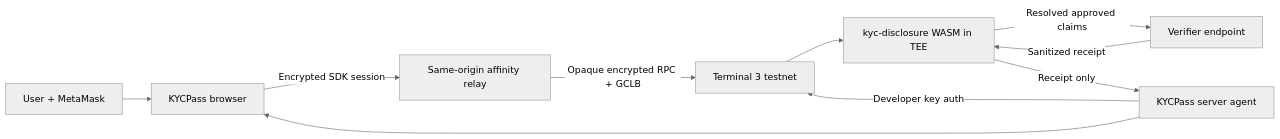
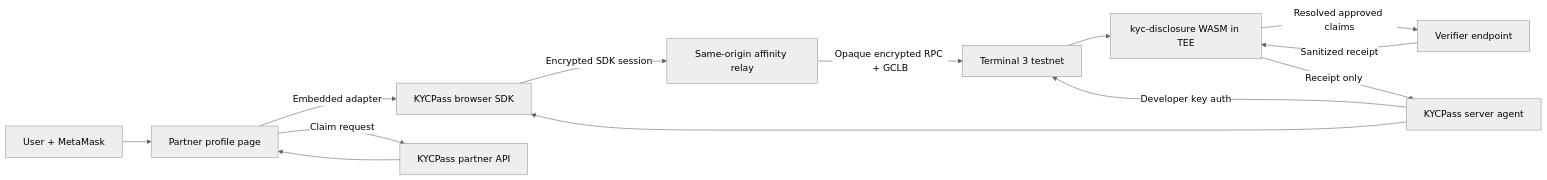
The first of 2 diagrams in docs/ARCHITECTURE.md (adilhusain01/KYCPass), drawn with Mermaid (neutral theme) before and after one commit. The commit also changed other lines of this file and 14 other files, not shown here.

Commit message:
feat: implement partner integration API and embedded verification adapter

````diff
--- a/docs/ARCHITECTURE.md
+++ b/docs/ARCHITECTURE.md
@@ -5,12 +5,15 @@
 ```mermaid
 flowchart LR
-    U["User + MetaMask"] --> B["KYCPass browser"]
+    U["User + MetaMask"] --> RP["Partner profile page"]
+    RP -->|"Embedded adapter"| B["KYCPass browser SDK"]
+    RP -->|"Claim request"| API["KYCPass partner API"]
+    API --> RP
     B -->|"Encrypted SDK session"| P["Same-origin affinity relay"]
     P -->|"Opaque encrypted RPC + GCLB"| T3["Terminal 3 testnet"]
     S["KYCPass server agent"] -->|"Developer key auth"| T3
     T3 --> C["kyc-disclosure WASM in TEE"]
     C -->|"Resolved approved claims"| V["Verifier endpoint"]
     V -->|"Sanitized receipt"| C
     C -->|"Receipt only"| S
     S --> B
 ```
````
